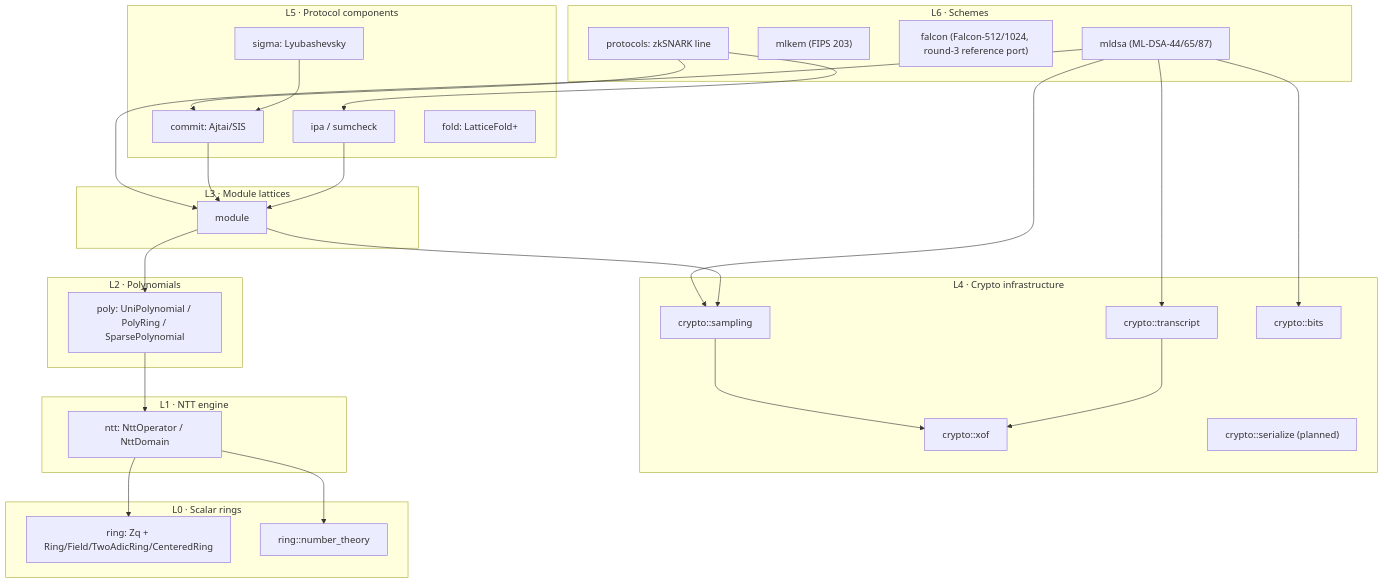
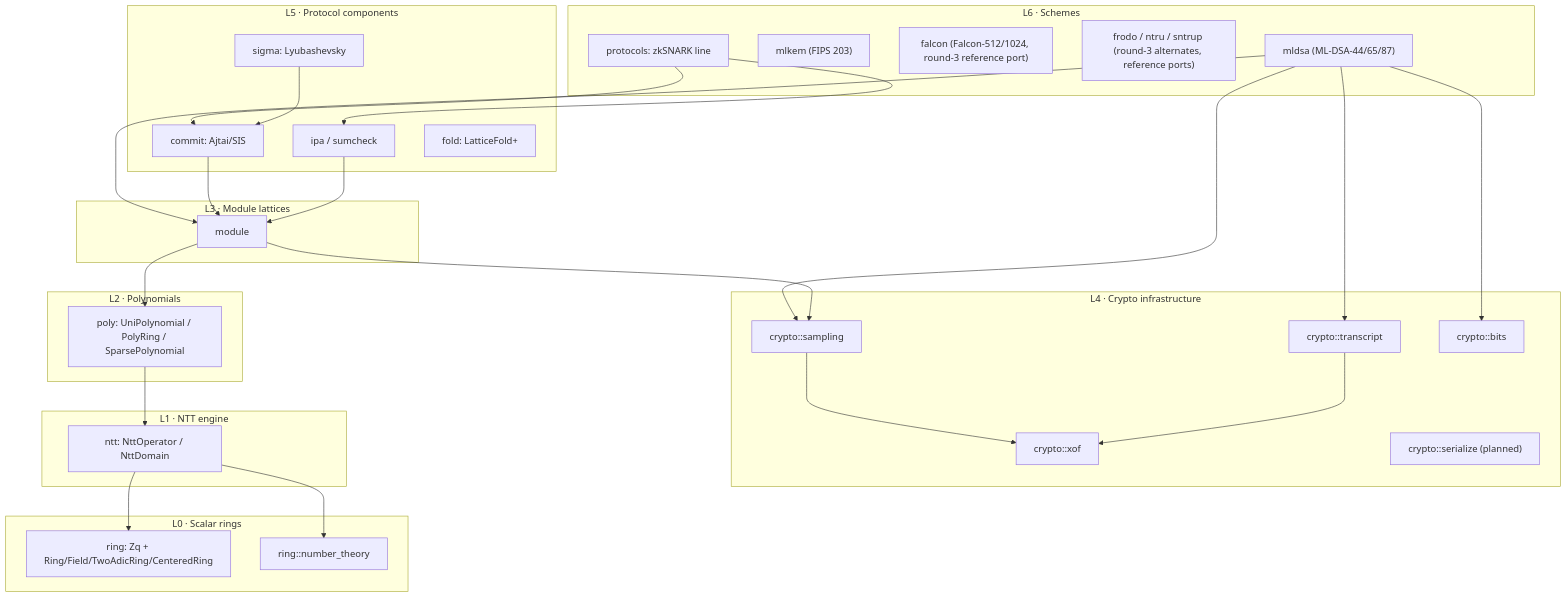
One commit to SuccinctPaul/lattice-algebra-rs changed the diagram in docs/src/pages/design/module-map.mdx. Above: the diagram before and after it, drawn with Mermaid. The commit also changed other lines of this file and 30 other files, not shown here.

````diff
--- a/docs/src/pages/design/module-map.mdx
+++ b/docs/src/pages/design/module-map.mdx
@@ -20,51 +20,52 @@
 ```mermaid
 flowchart TB
     subgraph L6["L6 · Schemes"]
         MLDSA["mldsa (ML-DSA-44/65/87)"]
         MLKEM["mlkem (FIPS 203)"]
         FALCON["falcon (Falcon-512/1024, round-3 reference port)"]
+        ALTKEM["frodo / ntru / sntrup (round-3 alternates, reference ports)"]
         ZK["protocols: zkSNARK line"]
     end
     subgraph L5["L5 · Protocol components"]
         COMMIT["commit: Ajtai/SIS"]
         SIGMA["sigma: Lyubashevsky"]
         IPA["ipa / sumcheck"]
         FOLD["fold: LatticeFold+"]
     end
     subgraph L4["L4 · Crypto infrastructure"]
         XOF["crypto::xof"]
         SAMP["crypto::sampling"]
         TR["crypto::transcript"]
         BITS["crypto::bits"]
         SER["crypto::serialize (planned)"]
     end
     subgraph L3["L3 · Module lattices"]
         MOD["module"]
     end
     subgraph L2["L2 · Polynomials"]
         POLY["poly: UniPolynomial / PolyRing / SparsePolynomial"]
     end
     subgraph L1["L1 · NTT engine"]
         NTT["ntt: NttOperator / NttDomain"]
     end
     subgraph L0["L0 · Scalar rings"]
         RING["ring: Zq + Ring/Field/TwoAdicRing/CenteredRing"]
         NT["ring::number_theory"]
     end
     MLDSA --> MOD
     MLDSA --> SAMP
     MLDSA --> TR
     MLDSA --> BITS
     ZK --> COMMIT
     ZK --> IPA
     COMMIT --> MOD
     IPA --> MOD
     SIGMA --> COMMIT
     MOD --> POLY
     MOD --> SAMP
     POLY --> NTT
     SAMP --> XOF
     TR --> XOF
     NTT --> RING
     NTT --> NT
 ```
````
